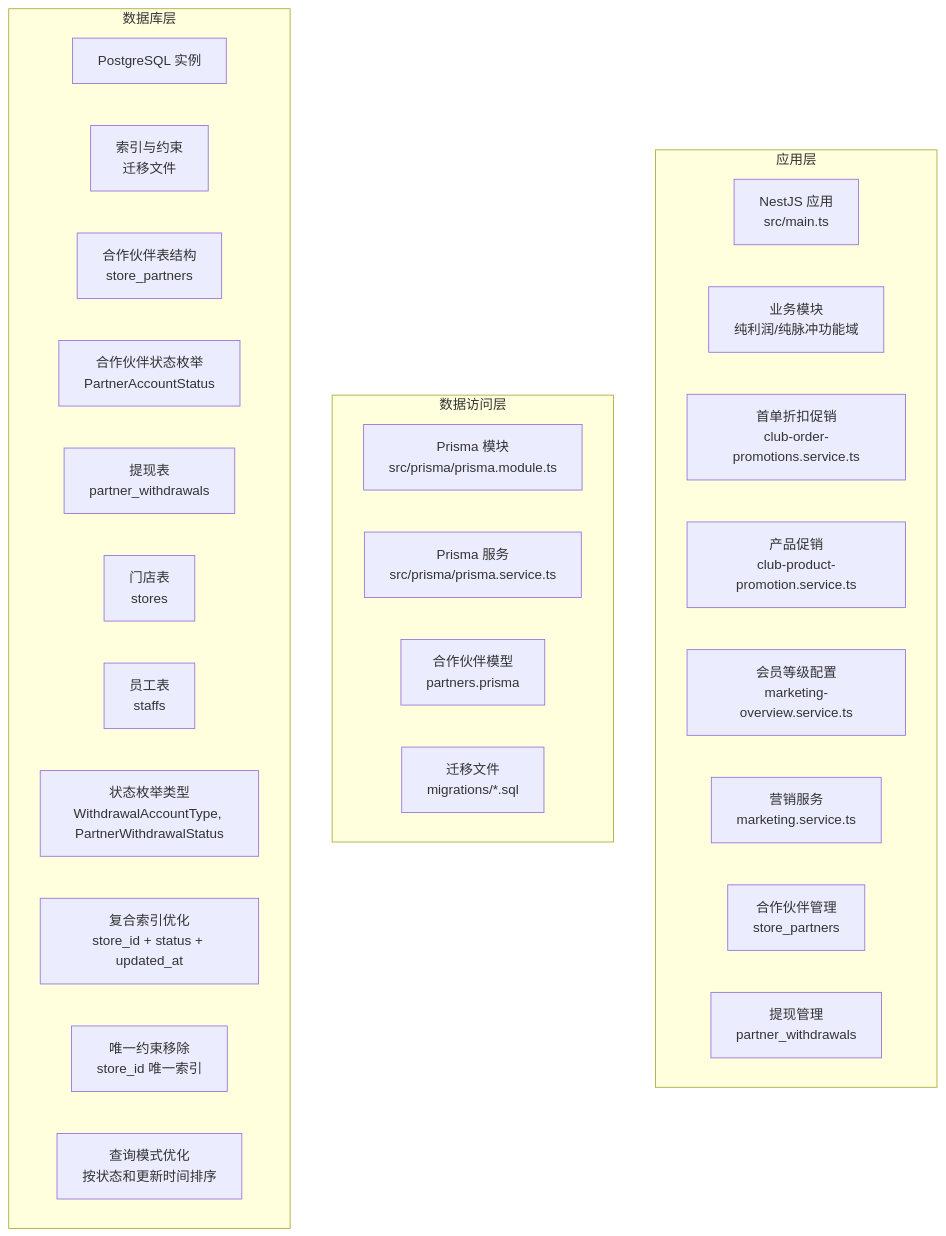
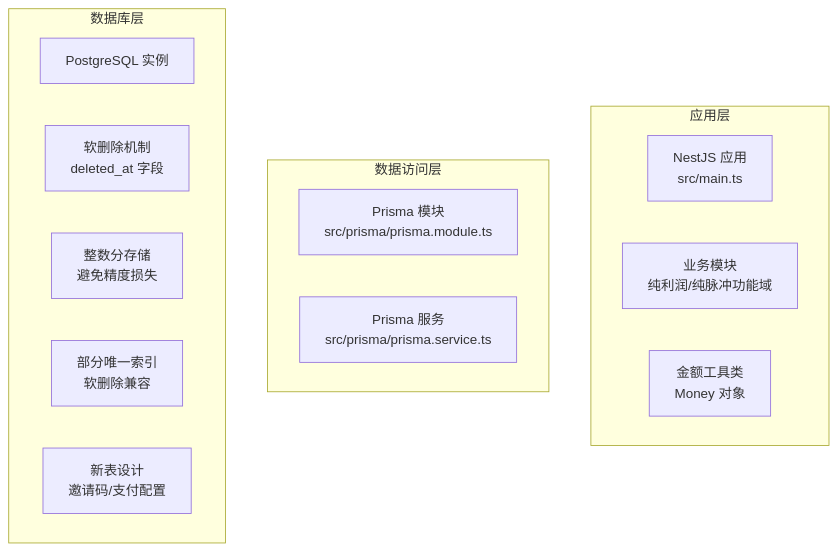
The second of 15 diagrams in .qoder/repowiki/zh/content/数据库设计/数据库架构概览.md (rc558620/purelyprofit-server), drawn with Mermaid before and after one commit. The commit also changed other lines of this file and 25 other files, not shown here.

````diff
--- a/.qoder/repowiki/zh/content/数据库设计/数据库架构概览.md
+++ b/.qoder/repowiki/zh/content/数据库设计/数据库架构概览.md
@@ -152,32 +176,19 @@
 ```mermaid
 graph TB
 subgraph "应用层"
 APP["NestJS 应用<br/>src/main.ts"]
 MOD["业务模块<br/>纯利润/纯脉冲功能域"]
-ENDROPS["首单折扣促销<br/>club-order-promotions.service.ts"]
-ENDPROD["产品促销<br/>club-product-promotion.service.ts"]
-ENDMEM["会员等级配置<br/>marketing-overview.service.ts"]
-ENDMARK["营销服务<br/>marketing.service.ts"]
-ENDPARTNERS["合作伙伴管理<br/>store_partners"]
-ENDWITHDRAWALS["提现管理<br/>partner_withdrawals"]
+MONEY["金额工具类<br/>Money 对象"]
 end
 subgraph "数据访问层"
 PRISMA_MOD["Prisma 模块<br/>src/prisma/prisma.module.ts"]
 PRISMA_SRV["Prisma 服务<br/>src/prisma/prisma.service.ts"]
-ENDMODEL["合作伙伴模型<br/>partners.prisma"]
-ENDMIG["迁移文件<br/>migrations/*.sql"]
 end
 subgraph "数据库层"
 PG["PostgreSQL 实例"]
-IDX["索引与约束<br/>迁移文件"]
-ENDTABLE["合作伙伴表结构<br/>store_partners"]
-ENDSTATUS["合作伙伴状态枚举<br/>PartnerAccountStatus"]
-ENDWITHDRAW["提现表<br/>partner_withdrawals"]
-ENDSTORE["门店表<br/>stores"]
-ENDSTAFF["员工表<br/>staffs"]
-ENDENUM["状态枚举类型<br/>WithdrawalAccountType, PartnerWithdrawalStatus"]
-ENDINDEX["复合索引优化<br/>store_id + status + updated_at"]
-ENDUNIQUE["唯一约束移除<br/>store_id 唯一索引"]
-ENDQUERY["查询模式优化<br/>按状态和更新时间排序"]
+SOFTDEL["软删除机制<br/>deleted_at 字段"]
+INTAMOUNT["整数分存储<br/>避免精度损失"]
+PARTIALIDX["部分唯一索引<br/>软删除兼容"]
+NEWTABLES["新表设计<br/>邀请码/支付配置"]
 end
 ```
````
